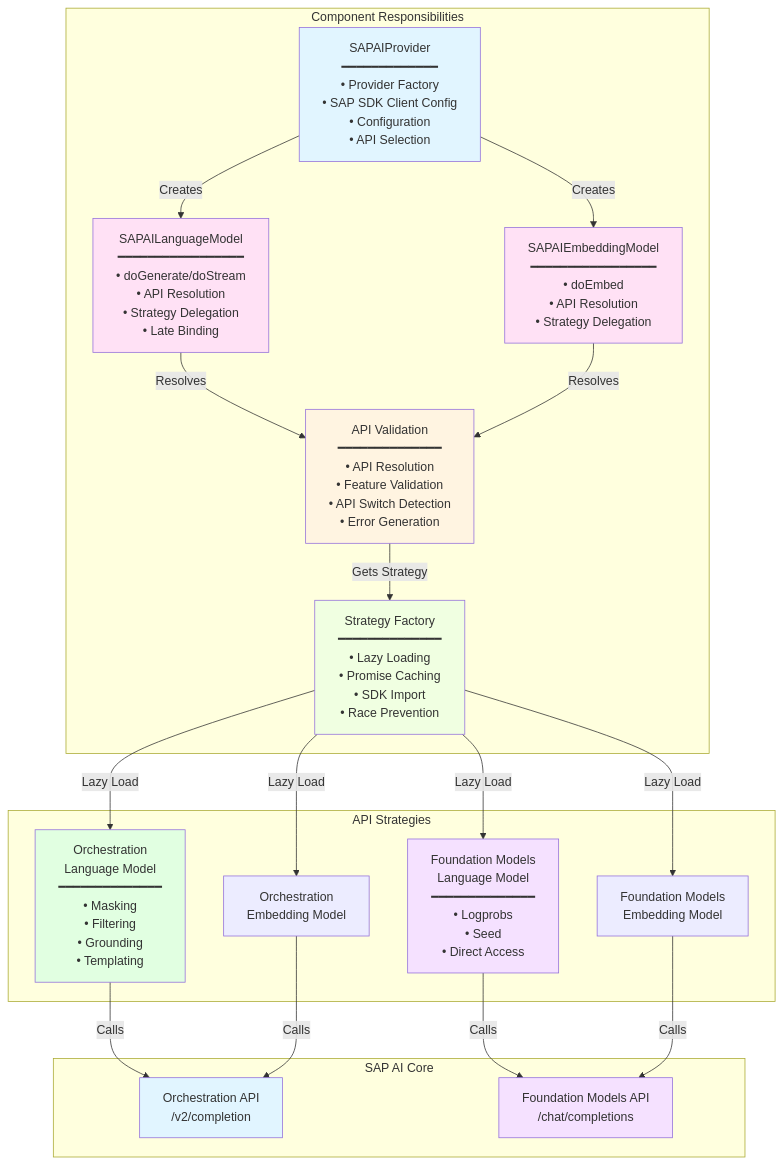
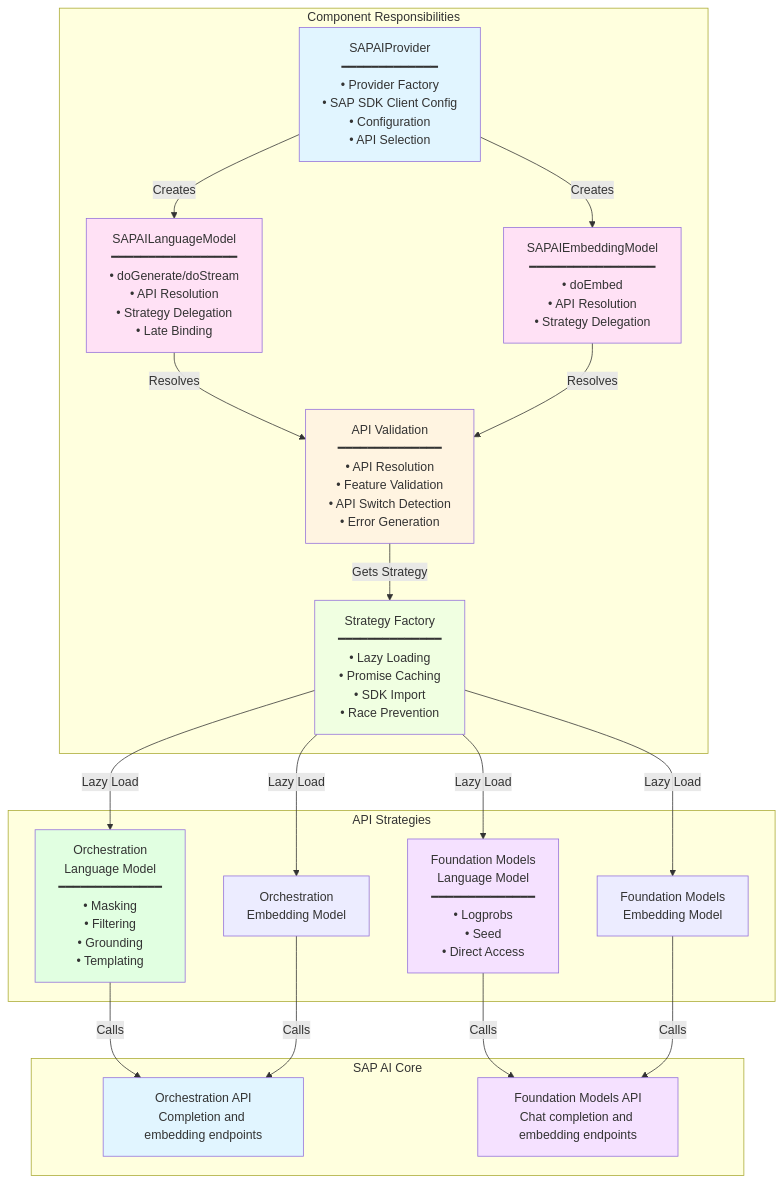
Before and after one commit to jerome-benoit/sap-ai-provider: the third of 11 diagrams in ARCHITECTURE.md, drawn with Mermaid. The commit also changed other lines of this file and 24 other files, not shown here.

````diff
--- a/ARCHITECTURE.md
+++ b/ARCHITECTURE.md
@@ -228,55 +229,55 @@
 ```mermaid
 graph TB
     subgraph "Component Responsibilities"
         Provider[SAPAIProvider<br/>━━━━━━━━━━━━━<br/>• Provider Factory<br/>• SAP SDK Client Config<br/>• Configuration<br/>• API Selection]
 
         Model[SAPAILanguageModel<br/>━━━━━━━━━━━━━━━━━<br/>• doGenerate/doStream<br/>• API Resolution<br/>• Strategy Delegation<br/>• Late Binding]
 
         Embedding[SAPAIEmbeddingModel<br/>━━━━━━━━━━━━━━━━━<br/>• doEmbed<br/>• API Resolution<br/>• Strategy Delegation]
 
         Validation[API Validation<br/>━━━━━━━━━━━━━━<br/>• API Resolution<br/>• Feature Validation<br/>• API Switch Detection<br/>• Error Generation]
 
         Strategy[Strategy Factory<br/>━━━━━━━━━━━━━━<br/>• Lazy Loading<br/>• Promise Caching<br/>• SDK Import<br/>• Race Prevention]
     end
 
     subgraph "API Strategies"
         OrchLM[Orchestration<br/>Language Model<br/>━━━━━━━━━━━━━━<br/>• Masking<br/>• Filtering<br/>• Grounding<br/>• Templating]
 
         FMLM[Foundation Models<br/>Language Model<br/>━━━━━━━━━━━━━━<br/>• Logprobs<br/>• Seed<br/>• Direct Access]
 
         OrchEM[Orchestration<br/>Embedding Model]
 
         FMEM[Foundation Models<br/>Embedding Model]
     end
 
     subgraph "SAP AI Core"
-        OrchAPI[Orchestration API<br/>/v2/completion]
-        FMAPI[Foundation Models API<br/>/chat/completions]
+        OrchAPI[Orchestration API<br/>Completion and embedding endpoints]
+        FMAPI[Foundation Models API<br/>Chat completion and embedding endpoints]
     end
 
     Provider -->|Creates| Model
     Provider -->|Creates| Embedding
     Model -->|Resolves| Validation
     Embedding -->|Resolves| Validation
     Validation -->|Gets Strategy| Strategy
 
     Strategy -->|Lazy Load| OrchLM
     Strategy -->|Lazy Load| FMLM
     Strategy -->|Lazy Load| OrchEM
     Strategy -->|Lazy Load| FMEM
 
     OrchLM -->|Calls| OrchAPI
     FMLM -->|Calls| FMAPI
     OrchEM -->|Calls| OrchAPI
     FMEM -->|Calls| FMAPI
 
     style Provider fill:#e1f5ff
     style Model fill:#ffe1f5
     style Embedding fill:#ffe1f5
     style Validation fill:#fff4e1
     style Strategy fill:#f0ffe1
     style OrchLM fill:#e1ffe1
     style FMLM fill:#f5e1ff
     style OrchAPI fill:#e1f5ff
     style FMAPI fill:#f5e1ff
 ```
````
